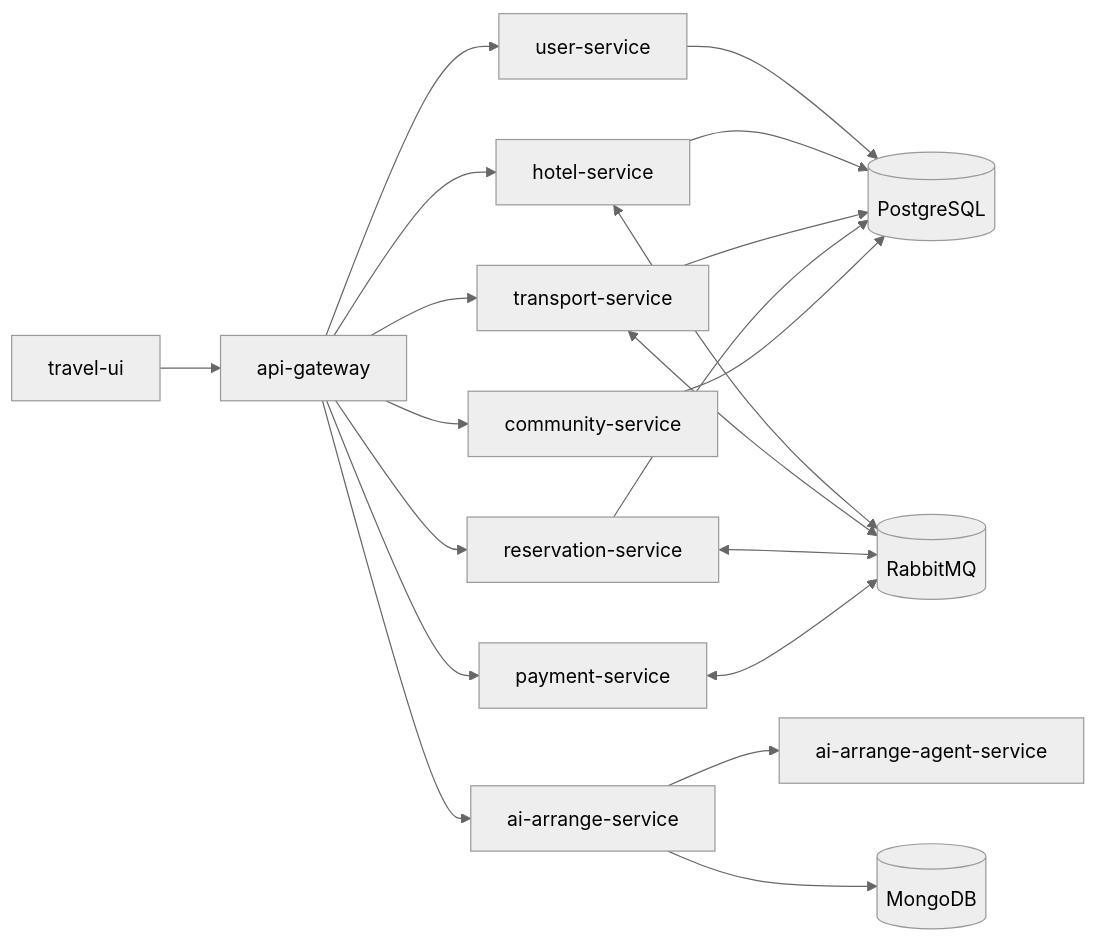
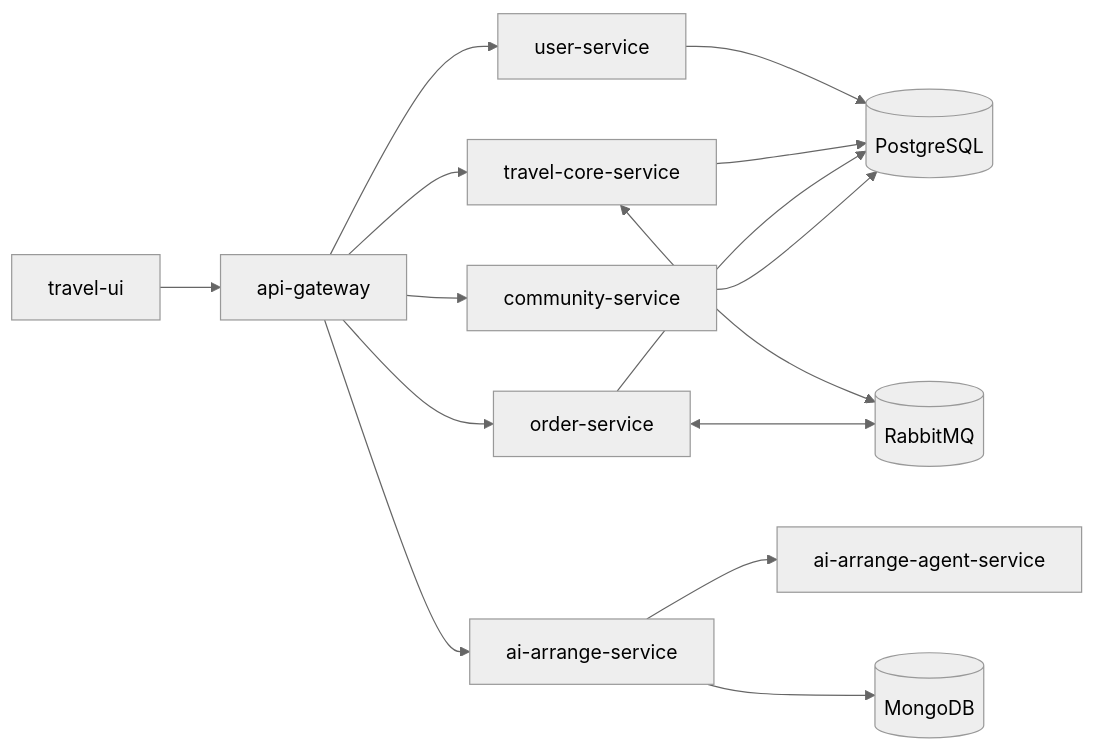
Before and after one commit to QzlabQ/TravelOn: the first of 13 diagrams in docs/详细设计.md, drawn with Mermaid (neutral theme). The commit also changed other lines of this file and 11 other files, not shown here.

````diff
--- a/docs/详细设计.md
+++ b/docs/详细设计.md
@@ -135,38 +133,31 @@
 ```mermaid
 flowchart LR
     UI["travel-ui"]
     GW["api-gateway"]
     USER["user-service"]
-    HOTEL["hotel-service"]
-    TRANS["transport-service"]
-    RES["reservation-service"]
-    PAY["payment-service"]
+    CORE["travel-core-service"]
+    ORDER["order-service"]
     COM["community-service"]
     AI["ai-arrange-service"]
     AGENT["ai-arrange-agent-service"]
     PG[("PostgreSQL")]
     MONGO[("MongoDB")]
     MQ[("RabbitMQ")]
 
     UI --> GW
     GW --> USER
-    GW --> HOTEL
-    GW --> TRANS
-    GW --> RES
-    GW --> PAY
+    GW --> CORE
+    GW --> ORDER
     GW --> COM
     GW --> AI
     AI --> AGENT
 
     USER --> PG
-    HOTEL --> PG
-    TRANS --> PG
-    RES --> PG
+    CORE --> PG
+    ORDER --> PG
     COM --> PG
     AI --> MONGO
 
-    HOTEL <--> MQ
-    TRANS <--> MQ
-    RES <--> MQ
-    PAY <--> MQ
+    CORE <--> MQ
+    ORDER <--> MQ
 ```
````
